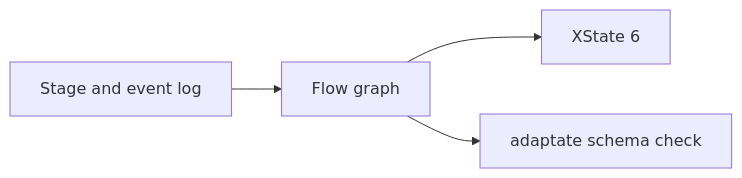
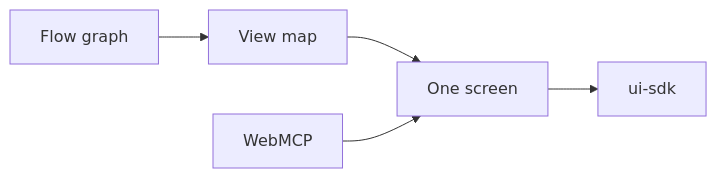
One commit to p10ns11y/visualizer changed the first of 2 diagrams in docs/ARCHITECTURE-LAYERS.md. Above: the diagram before and after it, drawn with Mermaid. The commit also changed other lines of this file and 47 other files, not shown here.

First line of the commit message:
Map each mode and stage to one view (#19)

````diff
--- a/docs/ARCHITECTURE-LAYERS.md
+++ b/docs/ARCHITECTURE-LAYERS.md
@@ -3,6 +3,7 @@
 ```mermaid
 flowchart LR
-  screen[Stage and event log] --> flowGraph[Flow graph]
-  flowGraph --> machine[XState 6]
-  flowGraph --> adaptateLib[adaptate schema check]
+  flowGraph[Flow graph] --> viewMap[View map]
+  viewMap --> screen[One screen]
+  webmcp[WebMCP] --> screen
+  screen --> uiSdk[ui-sdk]
 ```
````
